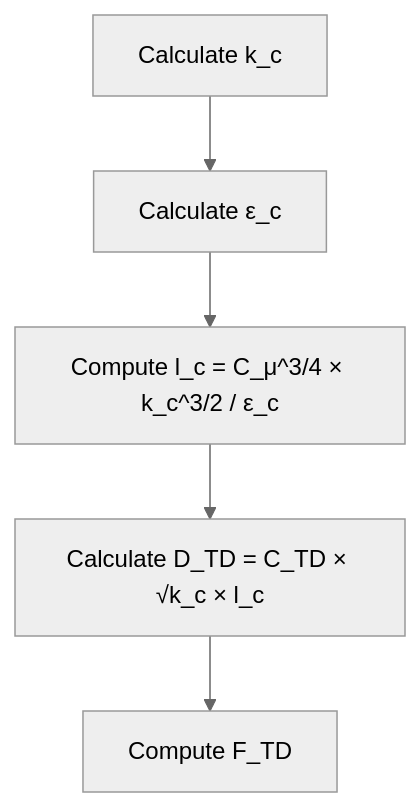
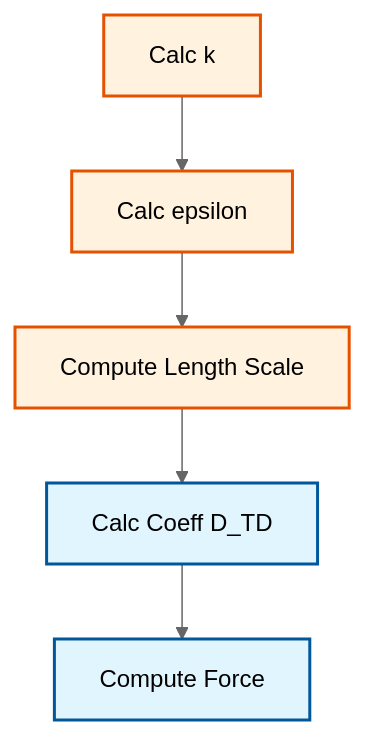
Before and after one commit to wramet/build-my-cfd: the third of 5 diagrams in MODULE_04_MULTIPHASE_FUNDAMENTALS/CONTENT/07_TURBULENT_DISPERSION/02_Specific_Models.md, drawn with Mermaid (neutral theme). The commit also changed other lines of this file and 313 other files, not shown here.

Commit message:
Revise all diagram

````diff
--- a/MODULE_04_MULTIPHASE_FUNDAMENTALS/CONTENT/07_TURBULENT_DISPERSION/02_Specific_Models.md
+++ b/MODULE_04_MULTIPHASE_FUNDAMENTALS/CONTENT/07_TURBULENT_DISPERSION/02_Specific_Models.md
@@ -248,7 +252,9 @@
 ```mermaid
 flowchart TD
-    A[Calculate k_c] --> B[Calculate ε_c]
-    B --> C[Compute l_c = C_μ^3/4 × k_c^3/2 / ε_c]
-    C --> D[Calculate D_TD = C_TD × √k_c × l_c]
-    D --> E[Compute F_TD]
+classDef implicit fill:#e1f5fe,stroke:#01579b,stroke-width:2px,color:#000
+classDef explicit fill:#fff3e0,stroke:#e65100,stroke-width:2px,color:#000
+A[Calc k]:::explicit --> B[Calc epsilon]:::explicit
+B --> C[Compute Length Scale]:::explicit
+C --> D[Calc Coeff D_TD]:::implicit
+D --> E[Compute Force]:::implicit
 ```
````
